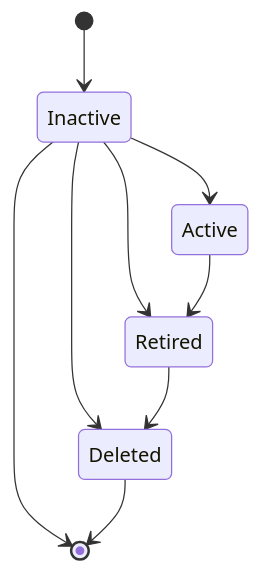
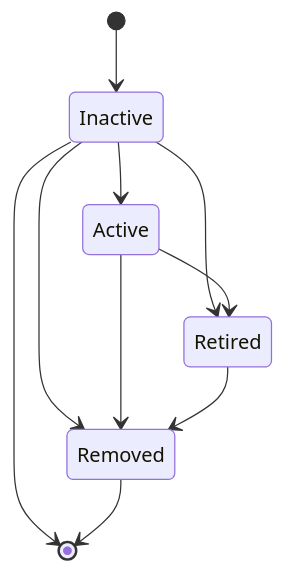
The diagram in content/handbook/engineering/architecture/design-documents/encryption_keys_rotation/_index.md (zalyoung/gitlab-handbook), drawn with Mermaid before and after one commit. The commit also changed other lines of this file, not shown here.

````diff
--- a/content/handbook/engineering/architecture/design-documents/encryption_keys_rotation/_index.md
+++ b/content/handbook/engineering/architecture/design-documents/encryption_keys_rotation/_index.md
@@ -144,11 +140,12 @@
 ```mermaid
 stateDiagram-v2
     [*] --> Inactive
     Inactive --> [*]
     Inactive --> Active
     Inactive --> Retired
-    Inactive --> Deleted
     Active --> Retired
-    Retired --> Deleted
-    Deleted --> [*]
+    Inactive --> Removed
+    Active --> Removed
+    Retired --> Removed
+    Removed --> [*]
 ```
````
